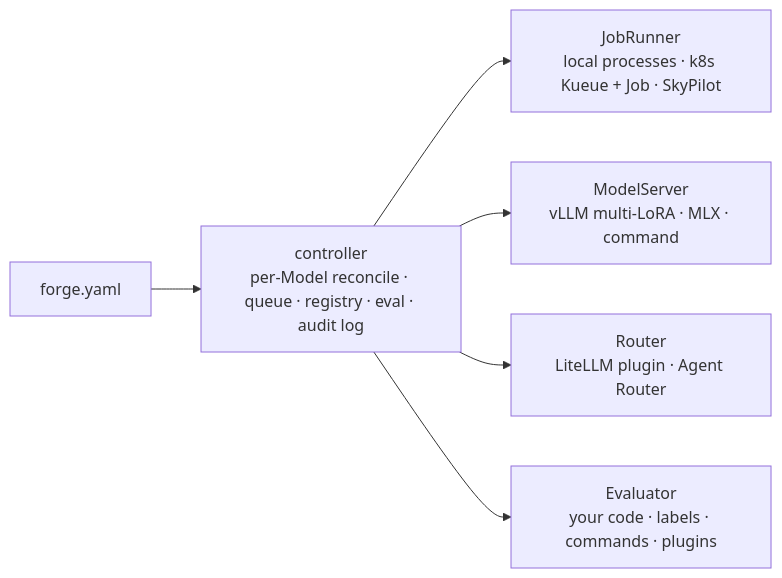
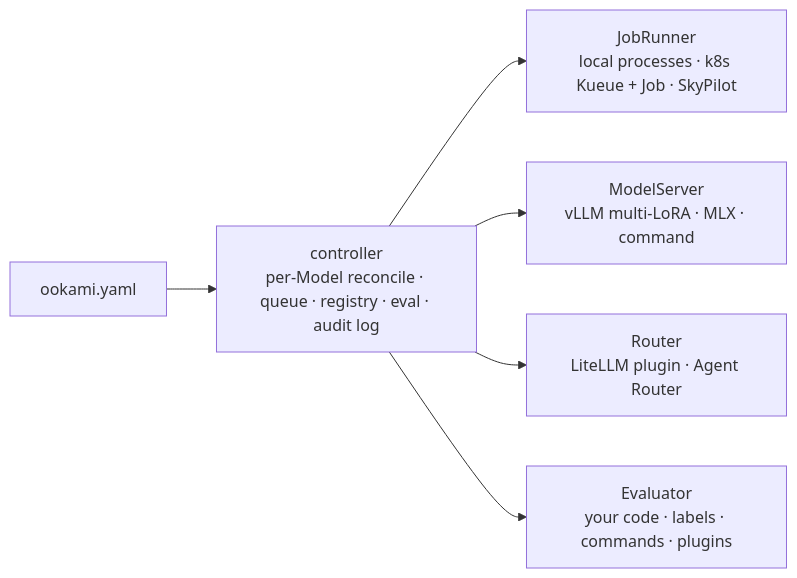
The diagram in docs/plan.md (KatyarAILabs/Ookami), drawn with Mermaid before and after one commit. The commit also changed other lines of this file and 114 other files, not shown here.

````diff
--- a/docs/plan.md
+++ b/docs/plan.md
@@ -113,8 +113,8 @@
 ```mermaid
 flowchart LR
-    cfg["forge.yaml"] --> ctl["controller<br/>per-Model reconcile · queue · registry · eval · audit log"]
+    cfg["ookami.yaml"] --> ctl["controller<br/>per-Model reconcile · queue · registry · eval · audit log"]
     ctl --> jr["JobRunner<br/>local processes · k8s Kueue + Job · SkyPilot"]
     ctl --> ms["ModelServer<br/>vLLM multi-LoRA · MLX · command"]
     ctl --> rt["Router<br/>LiteLLM plugin · Agent Router"]
     ctl --> ev["Evaluator<br/>your code · labels · commands · plugins"]
 ```
````
